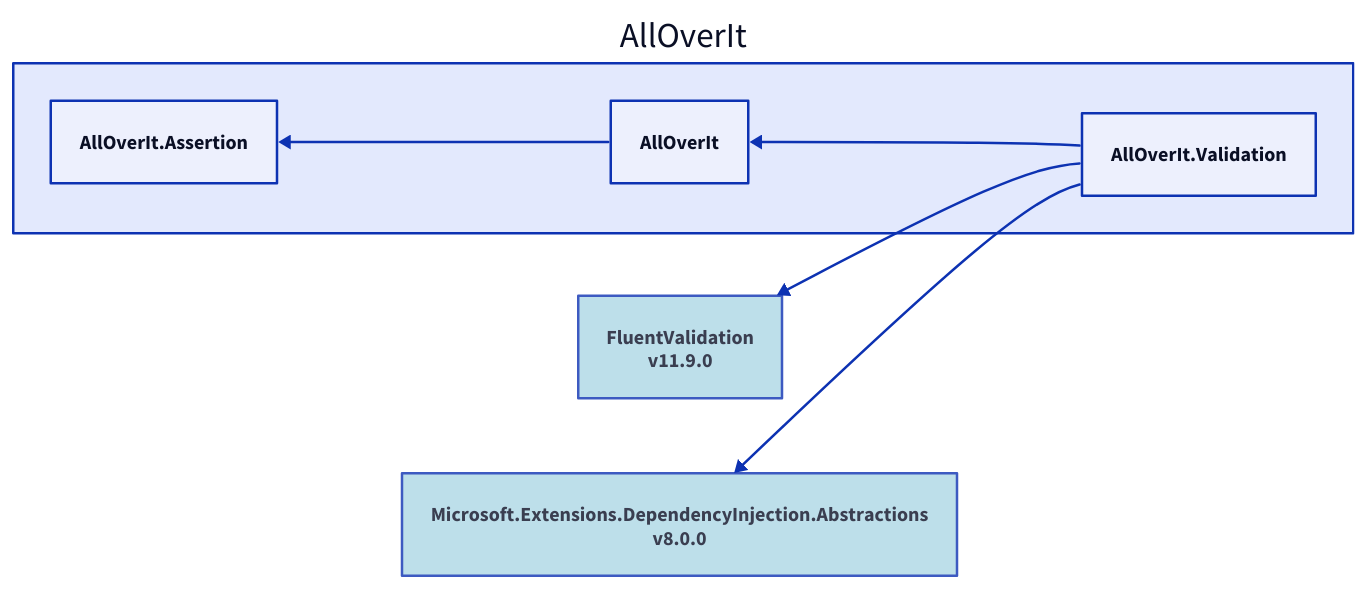
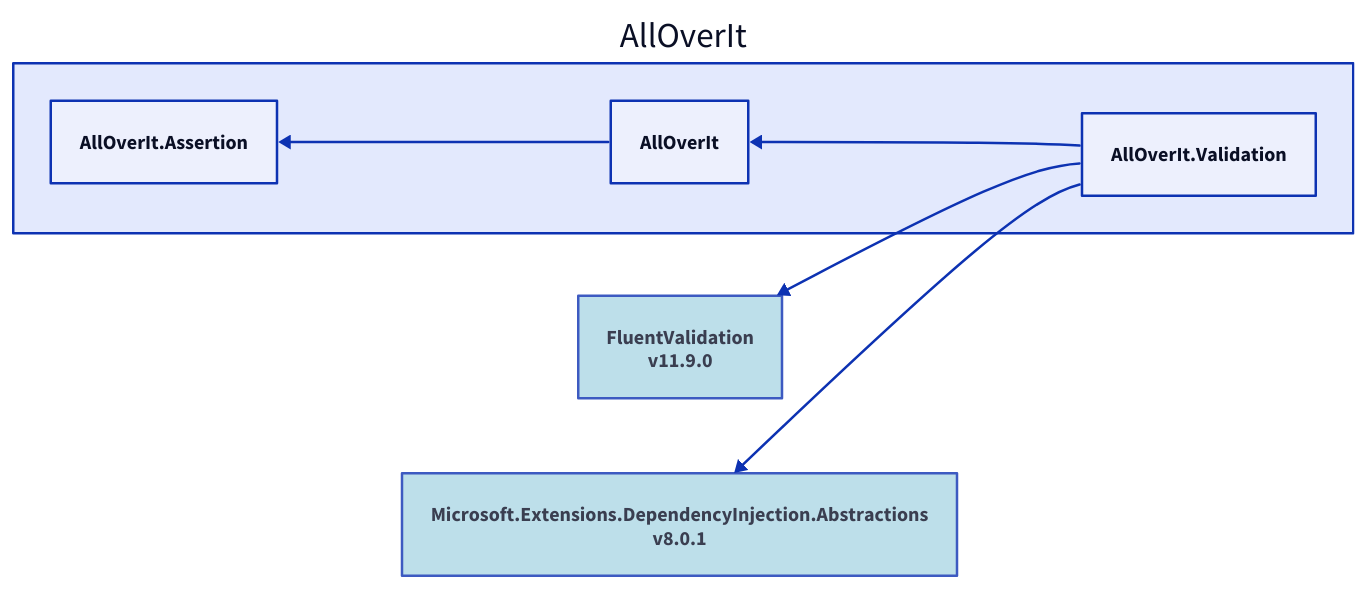
One commit to mjfreelancing/AllOverIt changed the diagram in Docs/Reference/Content/images/dependencies/net6.0/alloverit-validation.d2. Above: the diagram before and after it, drawn with D2. The commit also changed 288 other files, not shown here.

```diff
--- a/Docs/Reference/Content/images/dependencies/net6.0/alloverit-validation.d2
+++ b/Docs/Reference/Content/images/dependencies/net6.0/alloverit-validation.d2
@@ -1,16 +1,16 @@
 direction: left
 
 aoi: AllOverIt
 aoi.alloverit-validation: AllOverIt.Validation
 fluentvalidation_11-9-0: FluentValidation\nv11.9.0
 fluentvalidation_11-9-0.style.fill: "#ADD8E6"
 fluentvalidation_11-9-0.style.opacity: 0.8
 fluentvalidation_11-9-0 <- aoi.alloverit-validation
-microsoft-extensions-dependencyinjection-abstractions_8-0-0: Microsoft.Extensions.DependencyInjection.Abstractions\nv8.0.0
-microsoft-extensions-dependencyinjection-abstractions_8-0-0.style.fill: "#ADD8E6"
-microsoft-extensions-dependencyinjection-abstractions_8-0-0.style.opacity: 0.8
-microsoft-extensions-dependencyinjection-abstractions_8-0-0 <- aoi.alloverit-validation
+microsoft-extensions-dependencyinjection-abstractions_8-0-1: Microsoft.Extensions.DependencyInjection.Abstractions\nv8.0.1
+microsoft-extensions-dependencyinjection-abstractions_8-0-1.style.fill: "#ADD8E6"
+microsoft-extensions-dependencyinjection-abstractions_8-0-1.style.opacity: 0.8
+microsoft-extensions-dependencyinjection-abstractions_8-0-1 <- aoi.alloverit-validation
 aoi.alloverit: AllOverIt
 aoi.alloverit-assertion: AllOverIt.Assertion
 aoi.alloverit-assertion <- aoi.alloverit
 aoi.alloverit <- aoi.alloverit-validation
```
